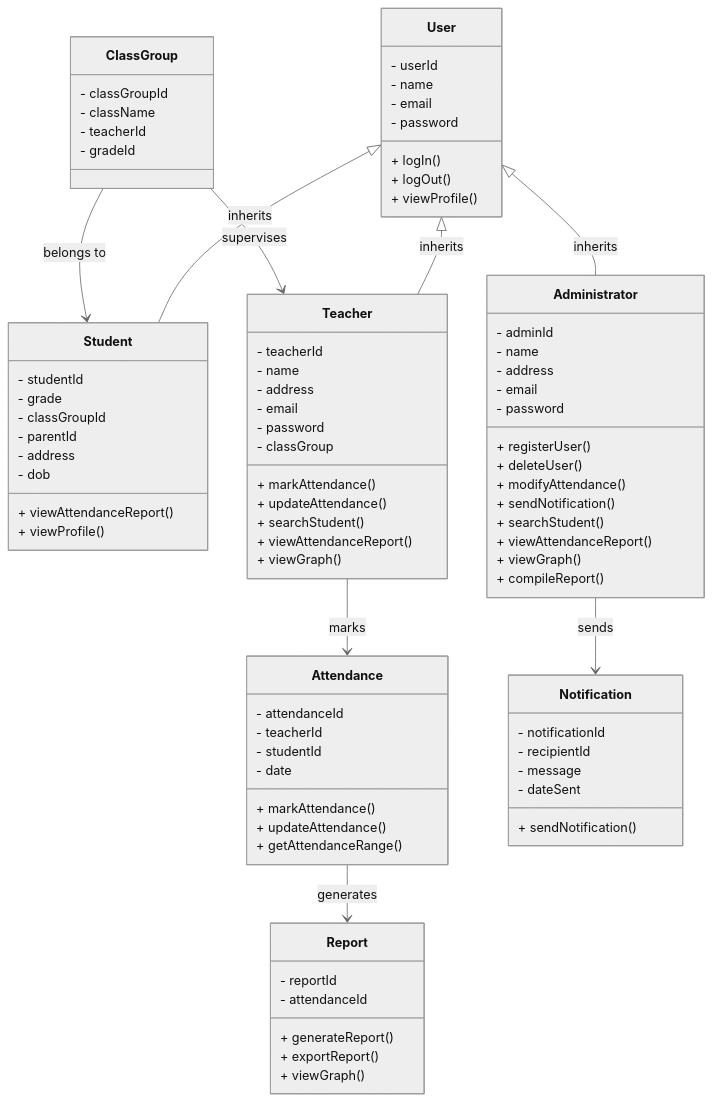
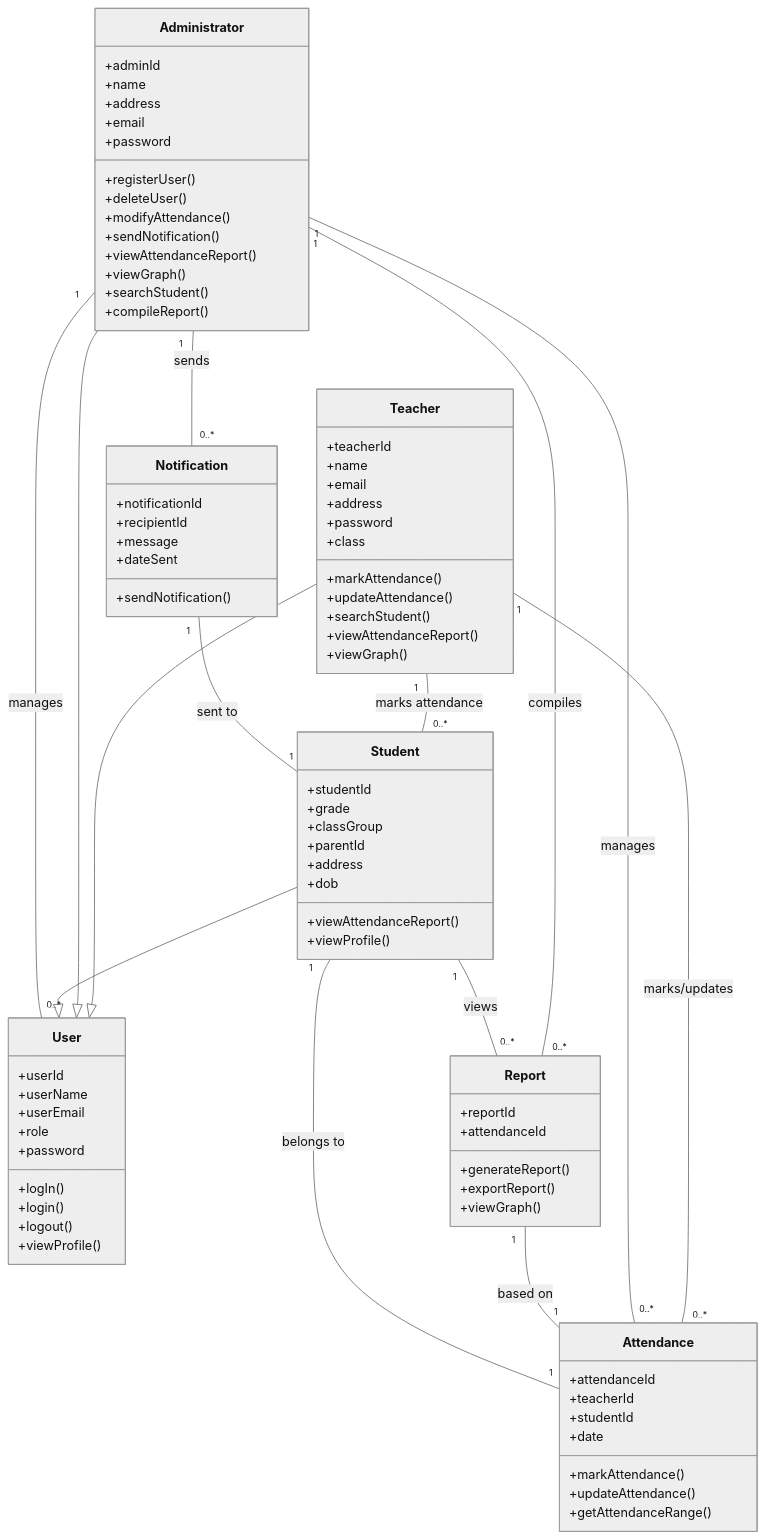
Before and after one commit to Dimitri-Ferus-216058570/ElectronicAttendanceSystem: the diagram in DOMAIN MODEL DOCS/DOMAIN MODEL DOCUMENTATION.MD, drawn with Mermaid (neutral theme).

Commit message:
Update DOMAIN MODEL DOCUMENTATION.MD

````diff
--- a/DOMAIN MODEL DOCS/DOMAIN MODEL DOCUMENTATION.MD
+++ b/DOMAIN MODEL DOCS/DOMAIN MODEL DOCUMENTATION.MD
@@ -14,95 +14,99 @@
 ```mermaid
 classDiagram
     class User {
-        - userId
-        - name
-        - email
-        - password
-        + logIn()
-        + logOut()
-        + viewProfile()
-    }
-    
-    class Student {
-        - studentId
-        - grade
-        - classGroupId
-        - parentId
-        - address
-        - dob
-        + viewAttendanceReport()
-        + viewProfile()
+        +userId
+        +userName
+        +userEmail
+        +role
+        +password
+        +logIn()
+        +login()
+        +logout()
+        +viewProfile()
     }
 
     class Teacher {
-        - teacherId
-        - name
-        - address
-        - email
-        - password
-        - classGroup
-        + markAttendance()
-        + updateAttendance()
-        + searchStudent()
-        + viewAttendanceReport()
-        + viewGraph()
+        +teacherId
+        +name
+        +email
+        +address
+        +password
+        +class
+        +markAttendance()
+        +updateAttendance()
+        +searchStudent()
+        +viewAttendanceReport()
+        +viewGraph()
     }
 
     class Administrator {
-        - adminId
-        - name
-        - address
-        - email
-        - password
-        + registerUser()
-        + deleteUser()
-        + modifyAttendance()
-        + sendNotification()
-        + searchStudent()
-        + viewAttendanceReport()
-        + viewGraph()
-        + compileReport()
+        +adminId
+        +name
+        +address
+        +email
+        +password
+        +registerUser()
+        +deleteUser()
+        +modifyAttendance()
+        +sendNotification()
+        +viewAttendanceReport()
+        +viewGraph()
+        +searchStudent()
+        +compileReport()
+    }
+
+    class Student {
+        +studentId
+        +grade
+        +classGroup
+        +parentId
+        +address
+        +dob
+        +viewAttendanceReport()
+        +viewProfile()
     }
 
     class Attendance {
-        - attendanceId
-        - teacherId
-        - studentId
-        - date
-        + markAttendance()
-        + updateAttendance()
-        + getAttendanceRange()
+        +attendanceId
+        +teacherId
+        +studentId
+        +date
+        +markAttendance()
+        +updateAttendance()
+        +getAttendanceRange()
     }
 
     class Report {
-        - reportId
-        - attendanceId
-        + generateReport()
-        + exportReport()
-        + viewGraph()
+        +reportId
+        +attendanceId
+        +generateReport()
+        +exportReport()
+        +viewGraph()
     }
 
     class Notification {
-        - notificationId
-        - recipientId
-        - message
-        - dateSent
-        + sendNotification()
+        +notificationId
+        +recipientId
+        +message
+        +dateSent
+        +sendNotification()
     }
 
-    class ClassGroup {
-        - classGroupId
-        - className
-        - teacherId
-        - gradeId
-    }
+    %% Inheritance
+    Teacher --|> User
+    Administrator --|> User
+    Student --|> User
 
-    User <|-- Student : inherits
-    User <|--  Administrator : inherits
-    User <|-- Teacher : inherits
-    Teacher --> Attendance : marks
-    Attendance --> Report : generates
-    Administrator --> Notification : sends
-    ClassGroup --> Student : belongs to
-    ClassGroup --> Teacher : supervises
+    %% Relationships with cardinalities
+    Teacher "1" -- "0..*" Student : marks attendance
+    Teacher "1" -- "0..*" Attendance : marks/updates
+    Administrator "1" -- "0..*" User : manages
+    Administrator "1" -- "0..*" Attendance : manages
+    Administrator "1" -- "0..*" Report : compiles
+    Administrator "1" -- "0..*" Notification : sends
+    Student "1" -- "0..*" Report : views
+    Attendance "1" -- "1" Student : belongs to
+    Report "1" -- "1" Attendance : based on
+    Notification "1" -- "1" Student : sent to
+
 ```
````
